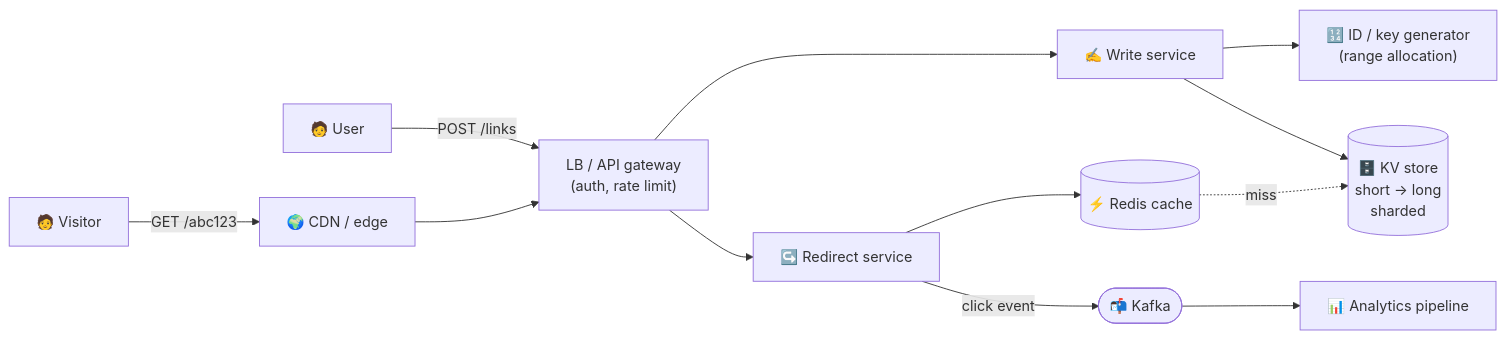
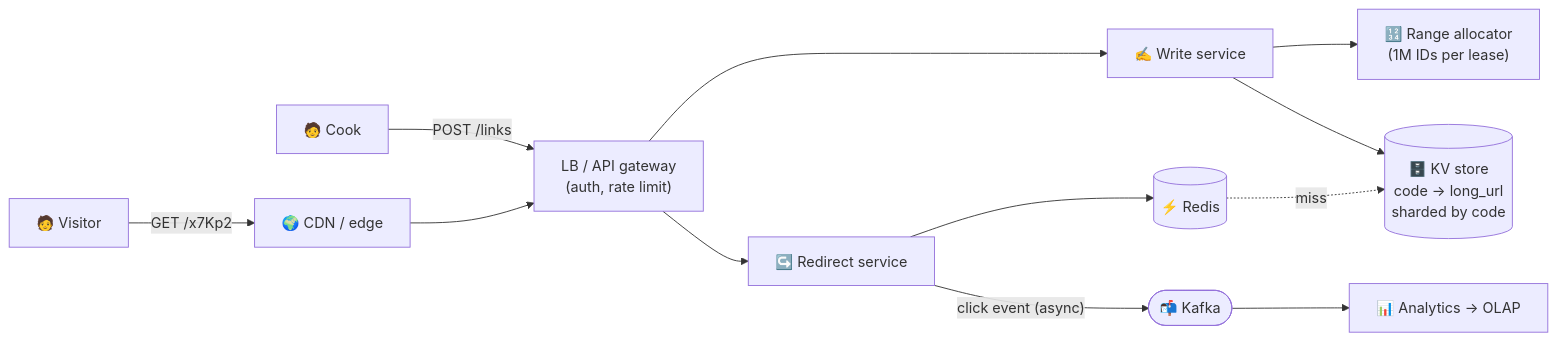
The diagram in phases/09-core-case-studies/074-design-url-shortener.md (winnyboy5/System-Design-from-Atoms), drawn with Mermaid before and after one commit. The commit also changed other lines of this file and 7 other files, not shown here.

````diff
--- a/phases/09-core-case-studies/074-design-url-shortener.md
+++ b/phases/09-core-case-studies/074-design-url-shortener.md
@@ -25,14 +37,14 @@
 ```mermaid
 flowchart LR
-    U["🧑 User"] -->|"POST /links"| LB["LB / API gateway<br/>(auth, rate limit)"]
-    V["🧑 Visitor"] -->|"GET /abc123"| CDN["🌍 CDN / edge"]
+    U["🧑 Cook"] -->|"POST /links"| LB["LB / API gateway<br/>(auth, rate limit)"]
+    V["🧑 Visitor"] -->|"GET /x7Kp2"| CDN["🌍 CDN / edge"]
     CDN --> LB
     LB --> W["✍️ Write service"]
     LB --> R["↪️ Redirect service"]
-    W --> IDG["🔢 ID / key generator<br/>(range allocation)"]
-    W --> DB[("🗄️ KV store<br/>short → long<br/>sharded")]
-    R --> C[("⚡ Redis cache")]
+    W --> IDG["🔢 Range allocator<br/>(1M IDs per lease)"]
+    W --> DB[("🗄️ KV store<br/>code → long_url<br/>sharded by code")]
+    R --> C[("⚡ Redis")]
     C -.->|"miss"| DB
-    R -->|"click event"| K(["📬 Kafka"])
-    K --> AN["📊 Analytics pipeline"]
+    R -->|"click event (async)"| K(["📬 Kafka"])
+    K --> AN["📊 Analytics → OLAP"]
 ```
````
